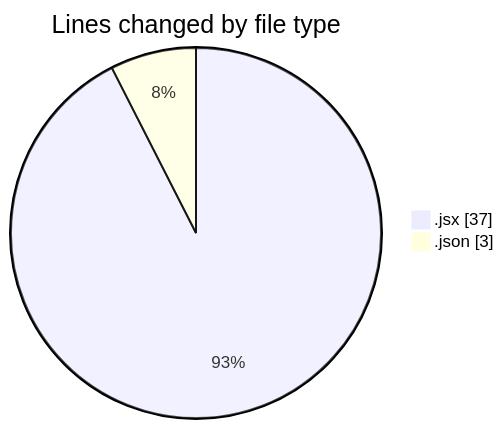
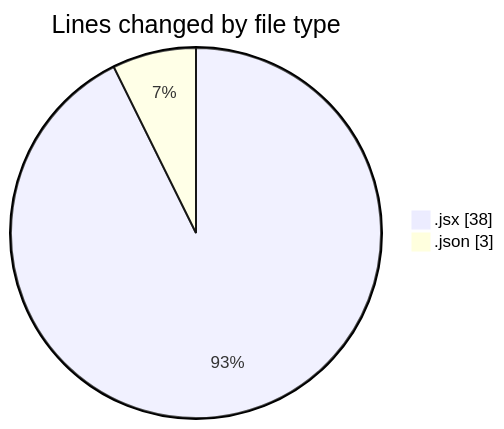
Before and after one commit to Elitesun/code-tracking: the first of 2 diagrams in 2025-01-24/react/README.md, drawn with Mermaid. The commit also changed other lines of this file and 1 other file, not shown here.

````diff
--- a/2025-01-24/react/README.md
+++ b/2025-01-24/react/README.md
@@ -22,6 +22,6 @@
 ```mermaid
 pie showData
 title Lines changed by file type
-".jsx" : 37
+".jsx" : 38
 ".json" : 3
 ```
````
